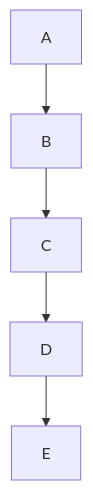
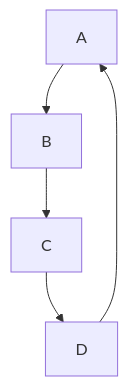
Before and after one commit to WSU-kduncan/cicd-3120-makaylac02: the diagram in README.md, drawn with Mermaid.

Commit message:
mermaid again

````diff
--- a/README.md
+++ b/README.md
@@ -82,7 +82,7 @@
 ```mermaid
   graph TD;
       A-->B;
       B-->C;
       C-->D;
-      D-->E;
+      D-->A;
 ```
````
